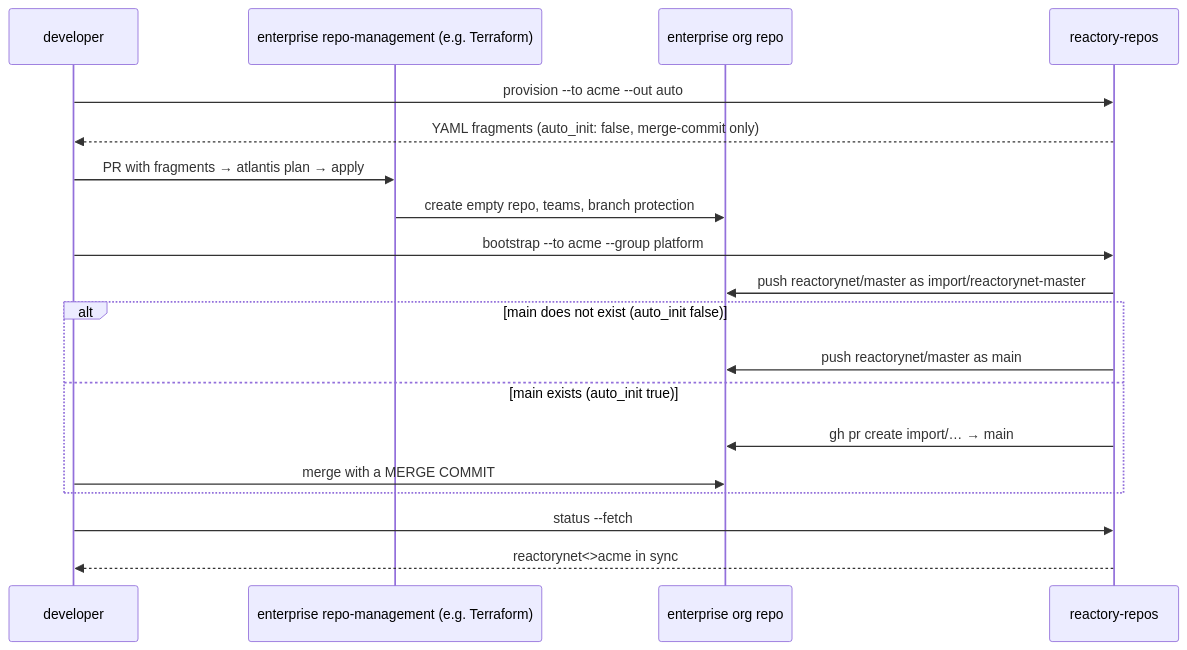
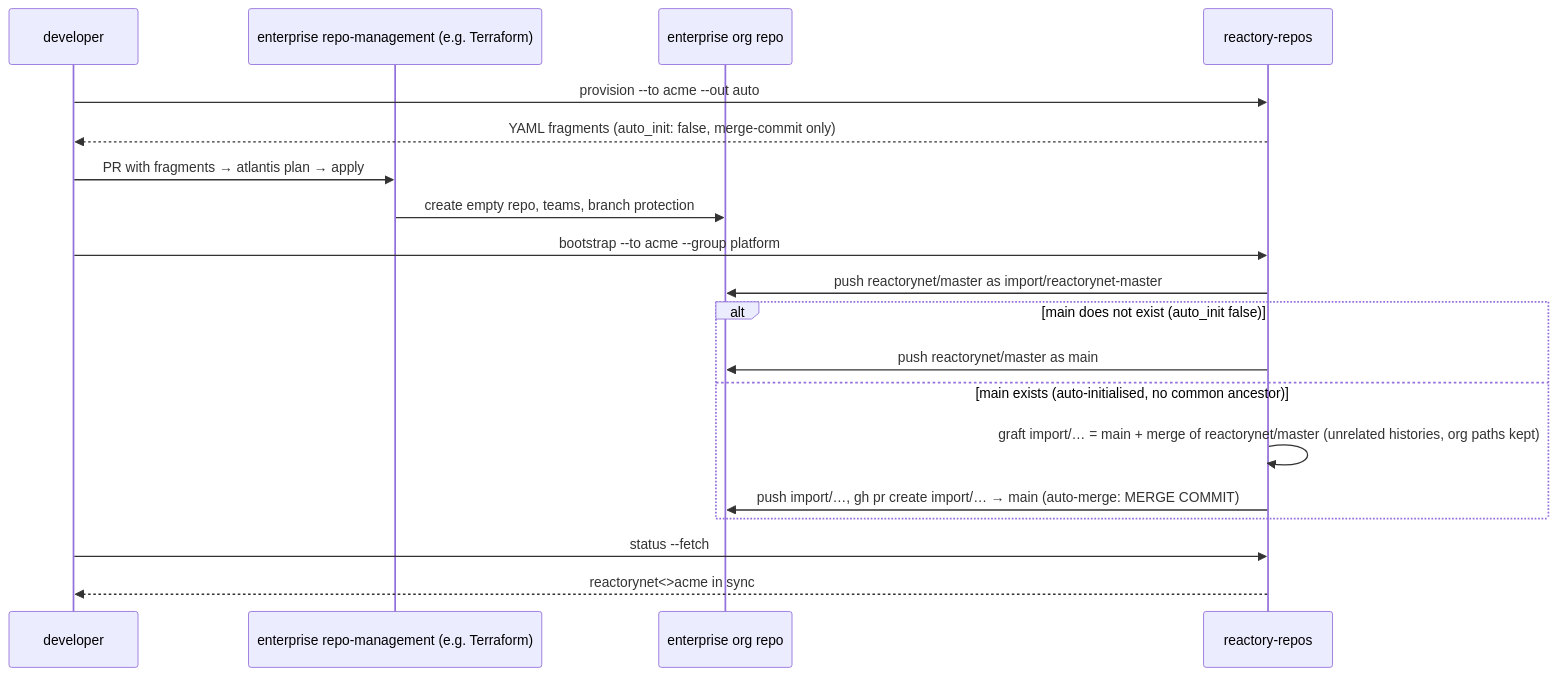
Before and after one commit to reactorynet/reactory-workspace: the fifth of 5 diagrams in docs/ARCHITECTURE.md, drawn with Mermaid. The commit also changed 2 other files, not shown here.

First paragraph of the commit message:
bootstrap: graft the import onto an auto-initialised default branch; read protection from the branch (#12)
## What

````diff
--- a/docs/ARCHITECTURE.md
+++ b/docs/ARCHITECTURE.md
@@ -171,22 +171,22 @@
 ```mermaid
 sequenceDiagram
     participant Dev as developer
     participant RB as enterprise repo-management (e.g. Terraform)
     participant GH as enterprise org repo
     participant T as reactory-repos
 
     Dev->>T: provision --to acme --out auto
     T-->>Dev: YAML fragments (auto_init: false, merge-commit only)
     Dev->>RB: PR with fragments → atlantis plan → apply
     RB->>GH: create empty repo, teams, branch protection
     Dev->>T: bootstrap --to acme --group platform
     T->>GH: push reactorynet/master as import/reactorynet-master
     alt main does not exist (auto_init false)
         T->>GH: push reactorynet/master as main
-    else main exists (auto_init true)
-        T->>GH: gh pr create import/… → main
-        Dev->>GH: merge with a MERGE COMMIT
+    else main exists (auto-initialised, no common ancestor)
+        T->>T: graft import/… = main + merge of reactorynet/master (unrelated histories, org paths kept)
+        T->>GH: push import/…, gh pr create import/… → main (auto-merge: MERGE COMMIT)
     end
     Dev->>T: status --fetch
     T-->>Dev: reactorynet<>acme in sync
 ```
````
